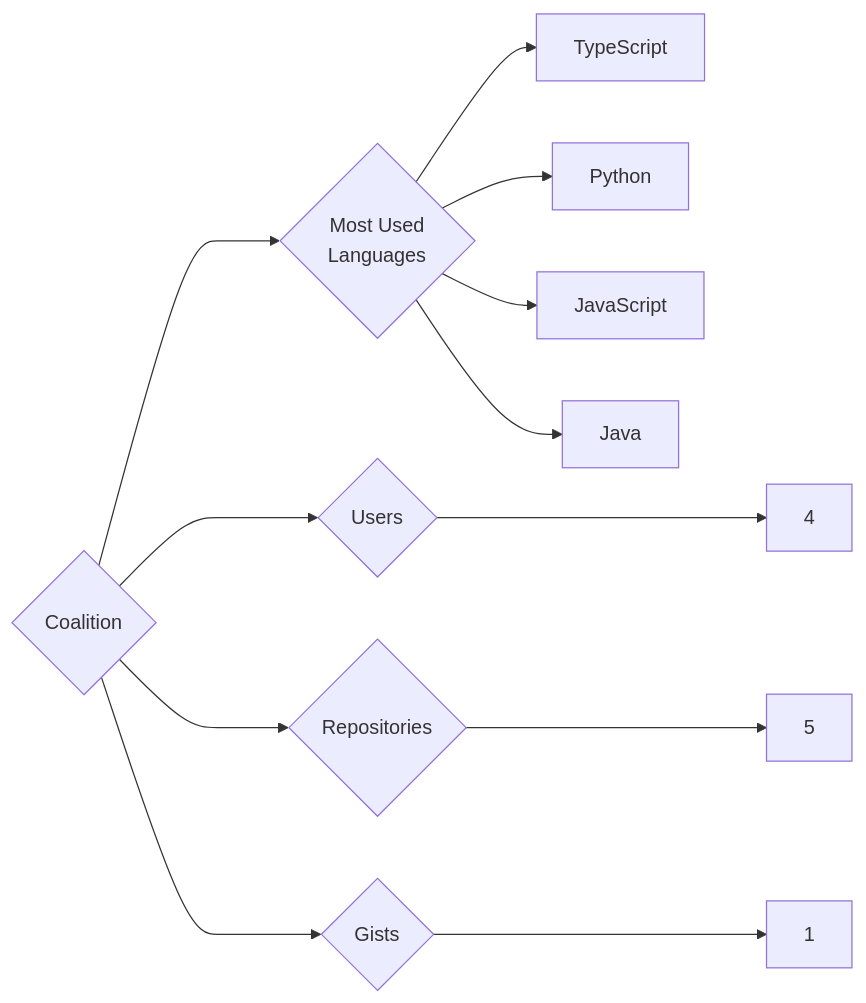
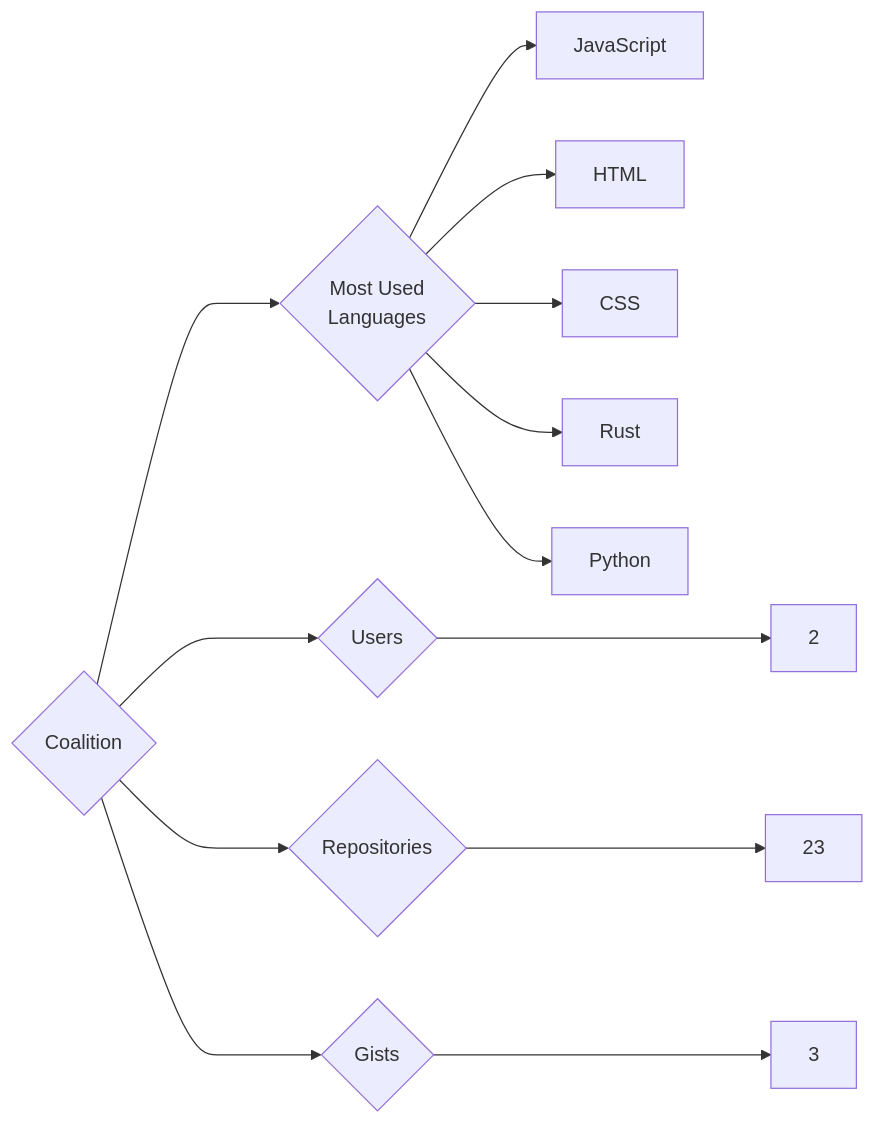
The diagram in targets/Coalition/README.md (trickest/insiders), drawn with Mermaid before and after one commit. The commit also changed 718 other files, not shown here.

````diff
--- a/targets/Coalition/README.md
+++ b/targets/Coalition/README.md
@@ -3,12 +3,13 @@
 ```mermaid
 graph LR
 COMPANY_NAME{Coalition}
-COMPANY_NAME ---> U{Users} ---> UN[4]
-COMPANY_NAME ---> R{Repositories} ---> RN[5]
-COMPANY_NAME ---> G{Gists} ---> GN[1]
+COMPANY_NAME ---> U{Users} ---> UN[2]
+COMPANY_NAME ---> R{Repositories} ---> RN[23]
+COMPANY_NAME ---> G{Gists} ---> GN[3]
 COMPANY_NAME ---> ML{Most Used<br>Languages}
-ML --> TypeScript[TypeScript]
+ML --> JavaScript[JavaScript]
+ML --> HTML[HTML]
+ML --> CSS[CSS]
+ML --> Rust[Rust]
 ML --> Python[Python]
-ML --> JavaScript[JavaScript]
-ML --> Java[Java]
 ```
````
